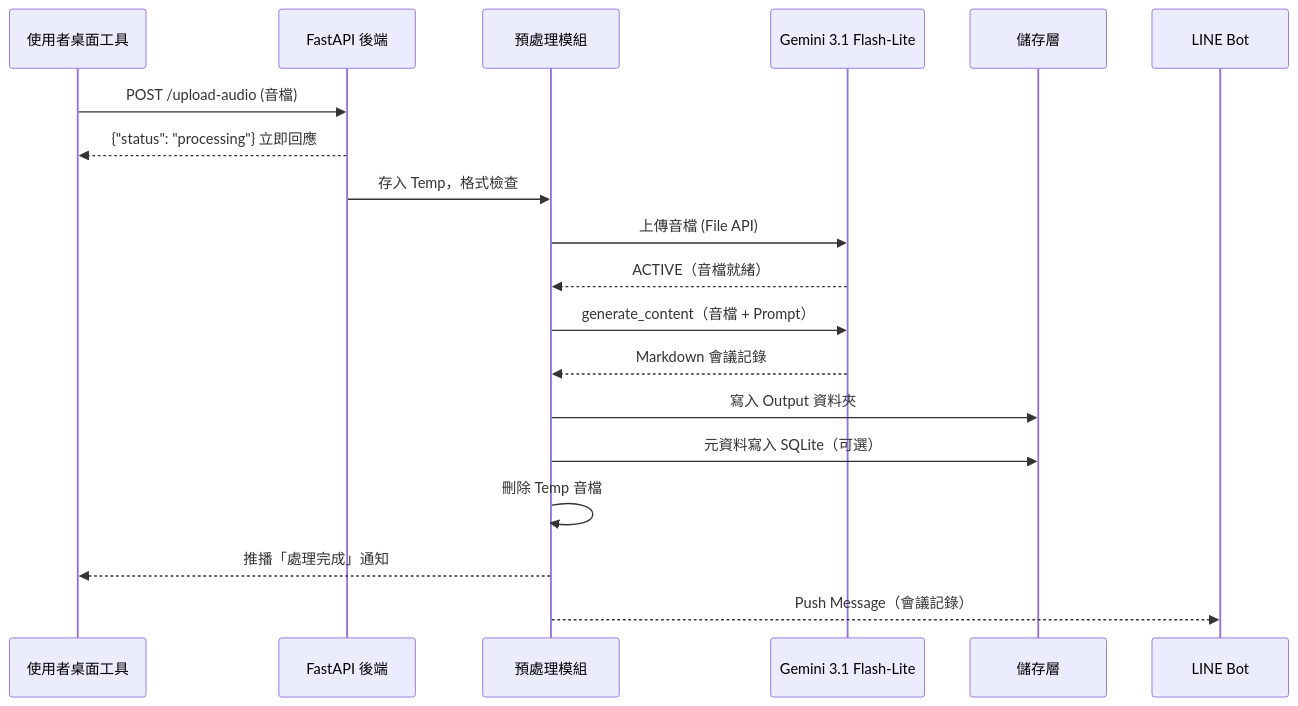
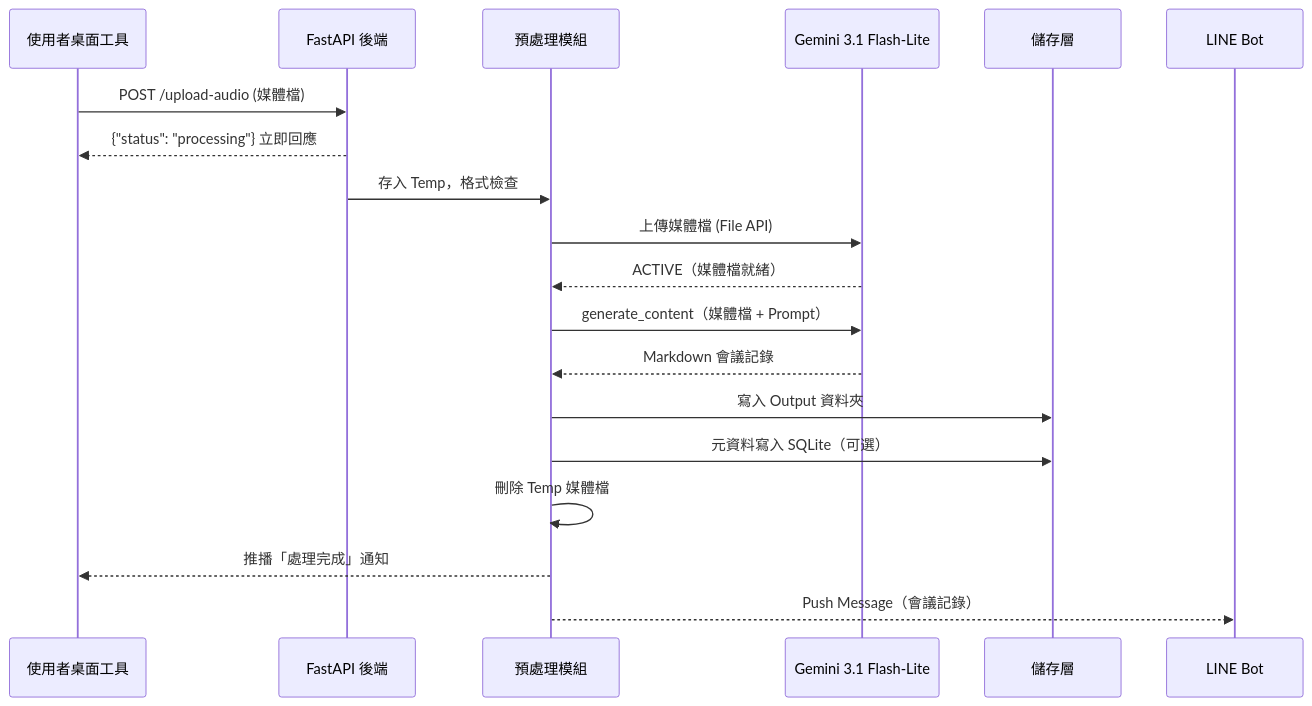
Before and after one commit to balboku/meeting_assistant: the second of 2 diagrams in ARCHITECTURE.md, drawn with Mermaid. The commit also changed other lines of this file and 8 other files, not shown here.

````diff
--- a/ARCHITECTURE.md
+++ b/ARCHITECTURE.md
@@ -147,22 +147,22 @@
 ```mermaid
 sequenceDiagram
     participant U as 使用者桌面工具
     participant API as FastAPI 後端
     participant PROC as 預處理模組
     participant AI as Gemini 3.1 Flash-Lite
     participant DB as 儲存層
     participant LINE as LINE Bot
 
-    U->>API: POST /upload-audio (音檔)
+    U->>API: POST /upload-audio (媒體檔)
     API-->>U: {"status": "processing"} 立即回應
     API->>PROC: 存入 Temp，格式檢查
-    PROC->>AI: 上傳音檔 (File API)
-    AI-->>PROC: ACTIVE（音檔就緒）
-    PROC->>AI: generate_content（音檔 + Prompt）
+    PROC->>AI: 上傳媒體檔 (File API)
+    AI-->>PROC: ACTIVE（媒體檔就緒）
+    PROC->>AI: generate_content（媒體檔 + Prompt）
     AI-->>PROC: Markdown 會議記錄
     PROC->>DB: 寫入 Output 資料夾
     PROC->>DB: 元資料寫入 SQLite（可選）
-    PROC->>PROC: 刪除 Temp 音檔
+    PROC->>PROC: 刪除 Temp 媒體檔
     PROC-->>U: 推播「處理完成」通知
     PROC-->>LINE: Push Message（會議記錄）
 ```
````
